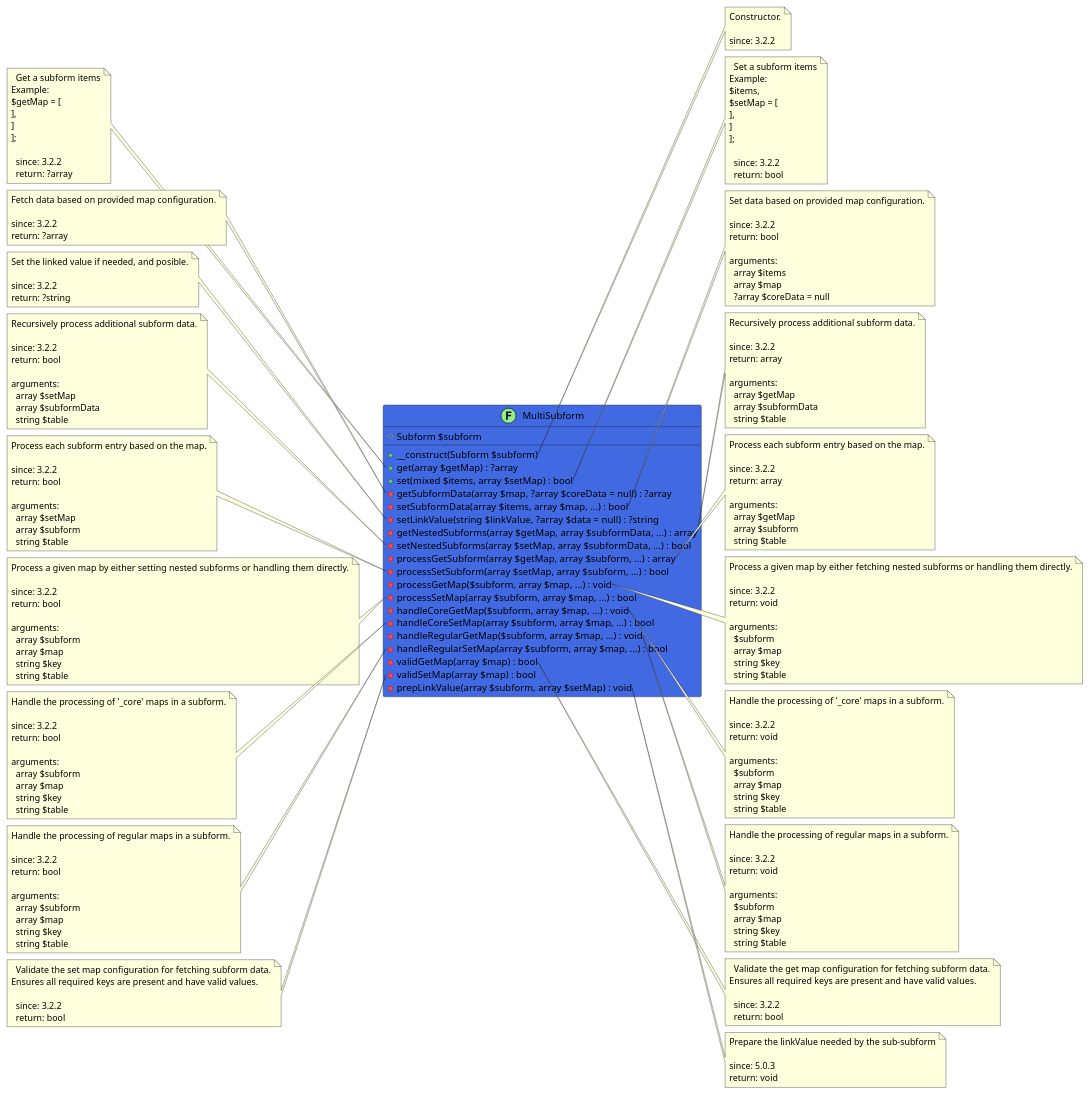
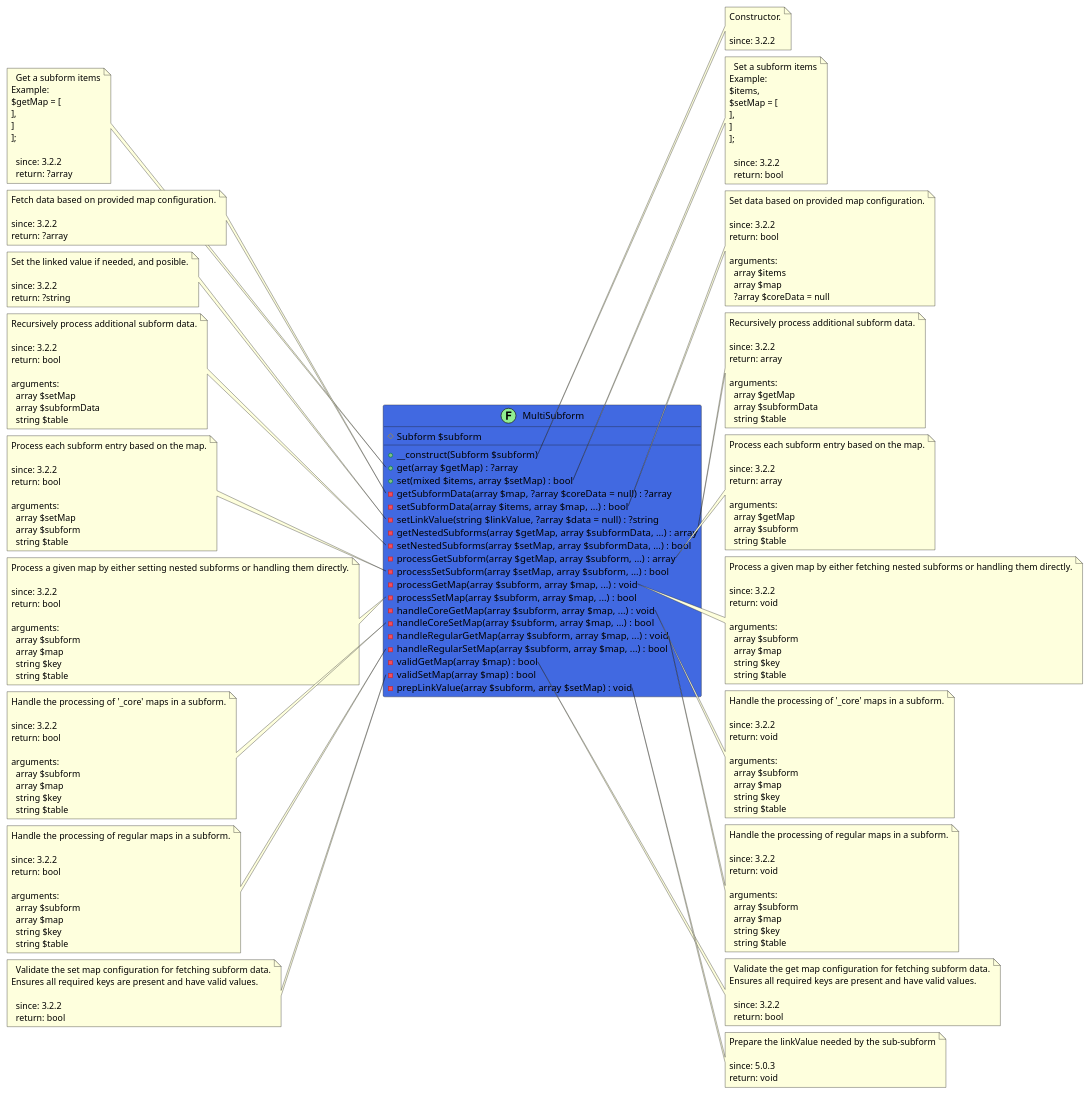
The diagram in src/e0198c3f-777a-4a0b-87b7-e6a198afc8f9/README.md (joomengine/super-powers), drawn with PlantUML before and after one commit. The commit also changed other lines of this file, not shown here.

Commit message:
Update VDM.Data.MultiSubform readme file

```diff
--- a/src/e0198c3f-777a-4a0b-87b7-e6a198afc8f9/README.md
+++ b/src/e0198c3f-777a-4a0b-87b7-e6a198afc8f9/README.md
@@ -17,11 +17,11 @@
   - setNestedSubforms(array $setMap, array $subformData, ...) : bool
   - processGetSubform(array $getMap, array $subform, ...) : array
   - processSetSubform(array $setMap, array $subform, ...) : bool
-  - processGetMap($subform, array $map, ...) : void
+  - processGetMap(array $subform, array $map, ...) : void
   - processSetMap(array $subform, array $map, ...) : bool
-  - handleCoreGetMap($subform, array $map, ...) : void
+  - handleCoreGetMap(array $subform, array $map, ...) : void
   - handleCoreSetMap(array $subform, array $map, ...) : bool
-  - handleRegularGetMap($subform, array $map, ...) : void
+  - handleRegularGetMap(array $subform, array $map, ...) : void
   - handleRegularSetMap(array $subform, array $map, ...) : bool
   - validGetMap(array $map) : bool
   - validSetMap(array $map) : bool
@@ -161,7 +161,7 @@
   return: void
   
   arguments:
-    $subform
+    array $subform
     array $map
     string $key
     string $table
@@ -187,7 +187,7 @@
   return: void
   
   arguments:
-    $subform
+    array $subform
     array $map
     string $key
     string $table
@@ -213,7 +213,7 @@
   return: void
   
   arguments:
-    $subform
+    array $subform
     array $map
     string $key
     string $table
```
